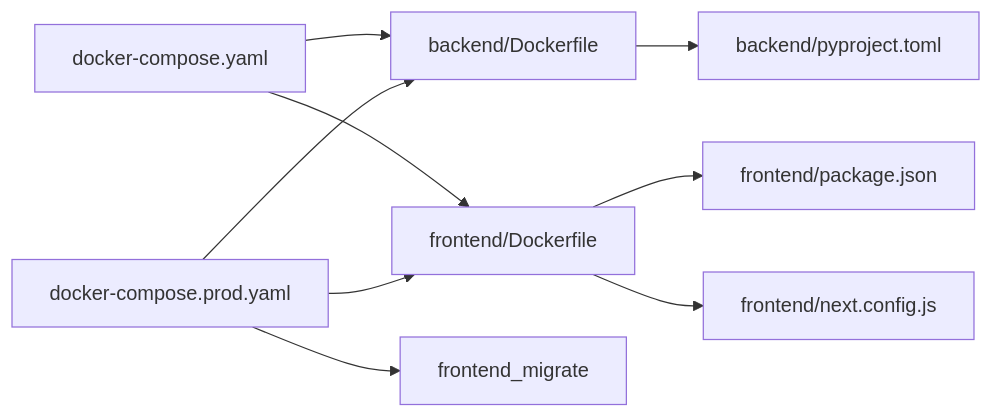
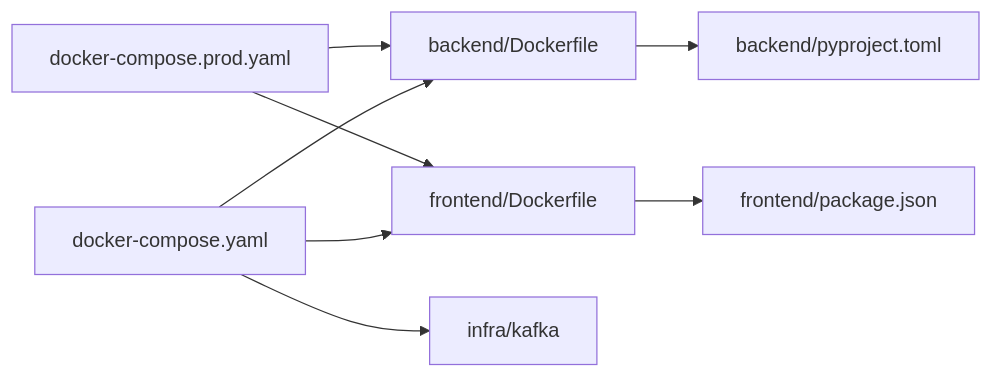
One commit to tashifkhan/tashif.codes changed the eighth of 8 diagrams in src/data/docs/talentsync/Architecture Overview/Deployment Architecture.md. Above: the diagram before and after it, drawn with Mermaid. The commit also changed other lines of this file and 2128 other files, not shown here.

First line of the commit message:
docs: replace raster diagram images with native Mermaid across project guides

````diff
--- a/src/data/docs/talentsync/Architecture Overview/Deployment Architecture.md
+++ b/src/data/docs/talentsync/Architecture Overview/Deployment Architecture.md
@@ -235,11 +196,10 @@
 ```mermaid
 graph LR
 BE["backend/Dockerfile"] --> PyT["backend/pyproject.toml"]
 FE["frontend/Dockerfile"] --> PKG["frontend/package.json"]
-FE --> NH["frontend/next.config.js"]
 DCDev["docker-compose.yaml"] --> BE
 DCDev --> FE
+DCDev --> K["infra/kafka"]
 DCP["docker-compose.prod.yaml"] --> BE
 DCP --> FE
-DCP --> MIG["frontend_migrate"]
 ```
````
